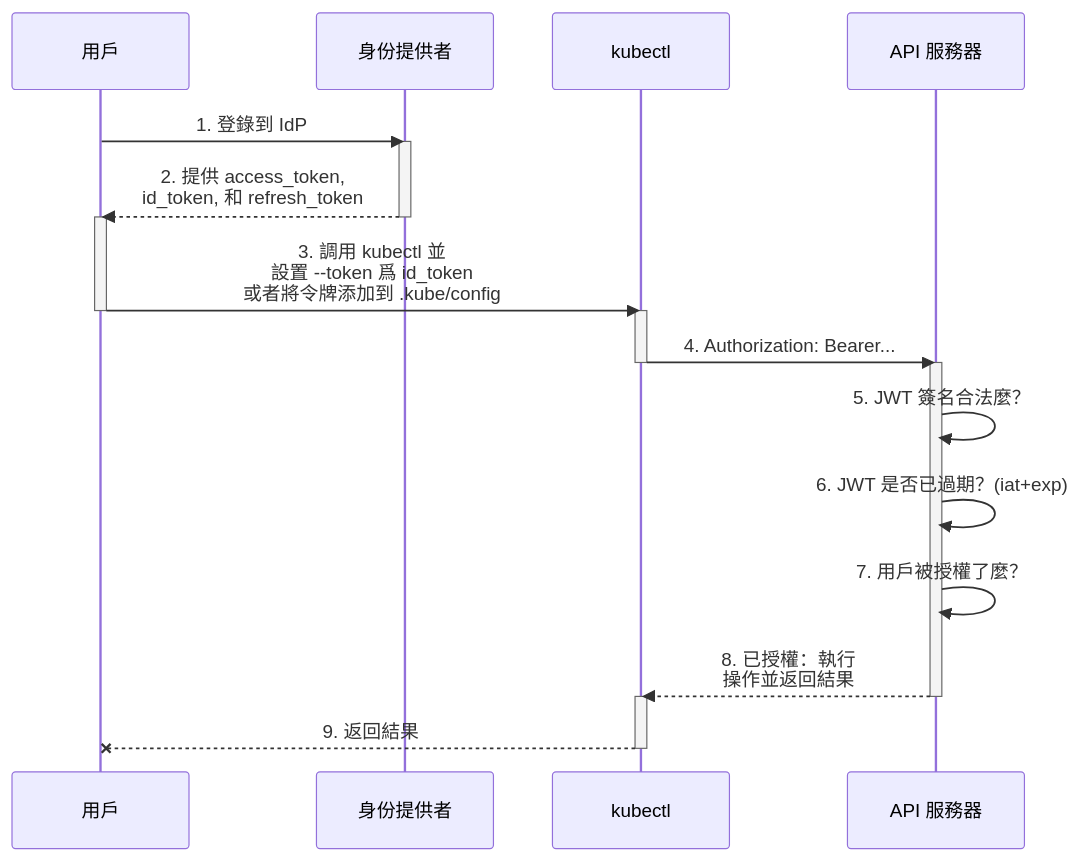
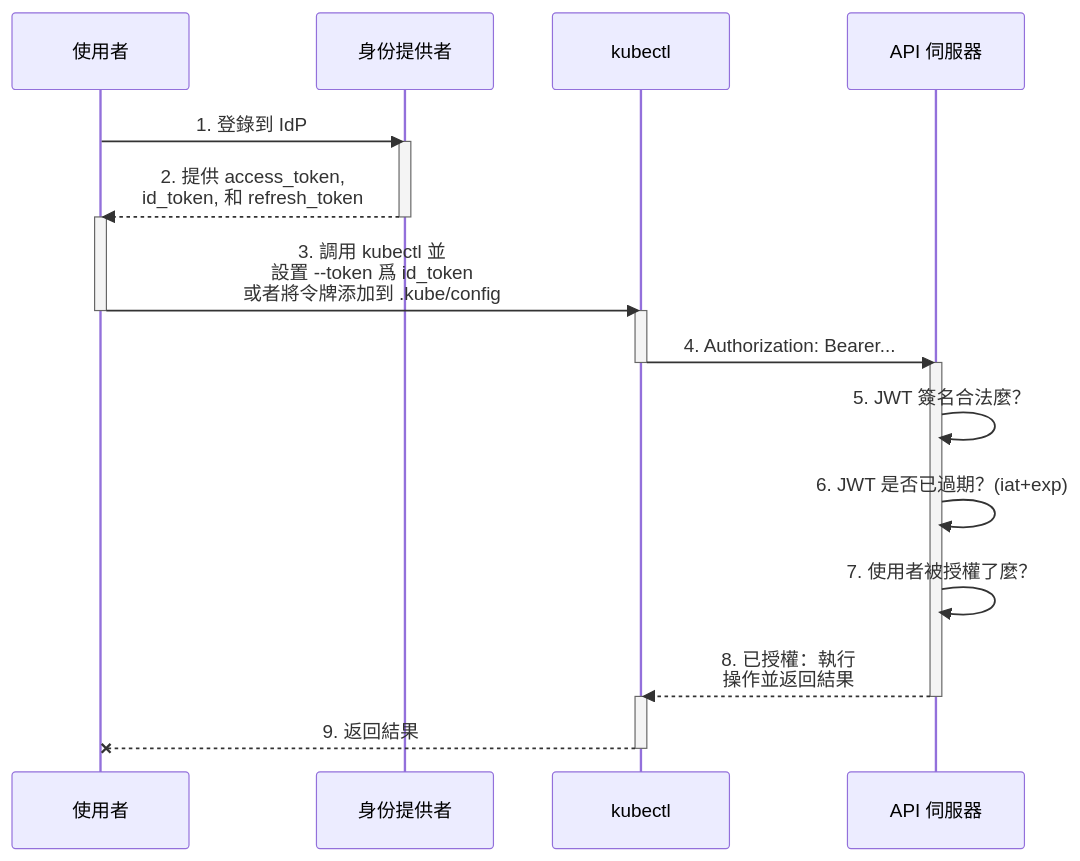
One commit to kubernetes/website changed the diagram in content/zh-tw/docs/reference/access-authn-authz/authentication.md. Above: the diagram before and after it, drawn with Mermaid. The commit also changed other lines of this file and 1351 other files, not shown here.

```diff
--- a/content/zh-tw/docs/reference/access-authn-authz/authentication.md
+++ b/content/zh-tw/docs/reference/access-authn-authz/authentication.md
@@ -487,27 +487,27 @@
 {{< mermaid >}}
 sequenceDiagram
-    participant user as 用戶
+    participant user as 使用者
     participant idp as 身份提供者
     participant kube as kubectl
-    participant api as API 服務器
+    participant api as API 伺服器
 
     user ->> idp: 1. 登錄到 IdP
     activate idp
     idp -->> user: 2. 提供 access_token,<br>id_token, 和 refresh_token
     deactivate idp
     activate user
     user ->> kube: 3. 調用 kubectl 並<br>設置 --token 爲 id_token<br>或者將令牌添加到 .kube/config
     deactivate user
     activate kube
     kube ->> api: 4. Authorization: Bearer...
     deactivate kube
     activate api
     api ->> api: 5. JWT 簽名合法麼？
     api ->> api: 6. JWT 是否已過期？(iat+exp)
-    api ->> api: 7. 用戶被授權了麼？
+    api ->> api: 7. 使用者被授權了麼？
     api -->> kube: 8. 已授權：執行<br>操作並返回結果
     deactivate api
     activate kube
     kube --x user: 9. 返回結果
     deactivate kube
 {{< /mermaid >}}
```
